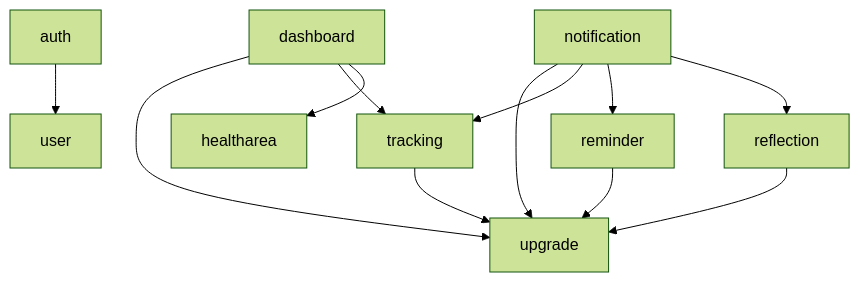
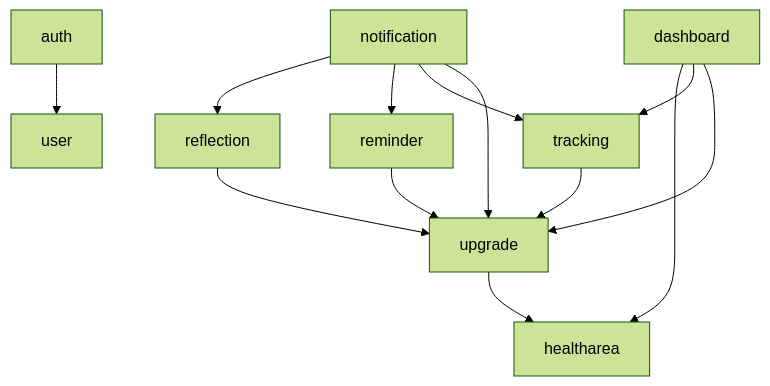
Before and after one commit to NaimElijah/UpHealther: the second of 7 diagrams in docs/architecture/arch-diagrams/README.md, drawn with Mermaid (forest theme). The commit also changed other lines of this file and 9 other files, not shown here.

````diff
--- a/docs/architecture/arch-diagrams/README.md
+++ b/docs/architecture/arch-diagrams/README.md
@@ -66,27 +66,28 @@
 ```mermaid
 flowchart TD
     auth["auth"]
     user["user"]
     healtharea["healtharea"]
     upgrade["upgrade"]
     tracking["tracking"]
     reflection["reflection"]
     reminder["reminder"]
     dashboard["dashboard"]
     notification["notification"]
 
     auth --> user
+    upgrade --> healtharea
     tracking --> upgrade
     reflection --> upgrade
     reminder --> upgrade
     dashboard --> healtharea
     dashboard --> tracking
     dashboard --> upgrade
     notification --> reflection
     notification --> reminder
     notification --> tracking
     notification --> upgrade
 
-    %% depends on nothing: healtharea, upgrade, user — the graph is acyclic,
+    %% depends on nothing: healtharea, user — the graph is acyclic,
     %% which HexagonalArchitectureTest fails the build over if it stops being true.
 ```
````
